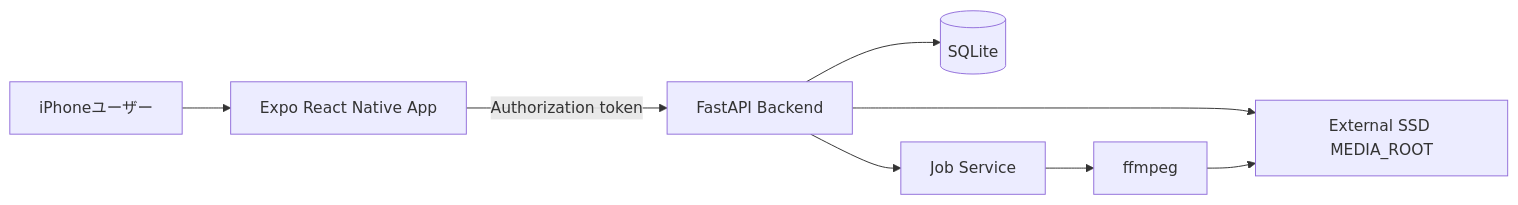
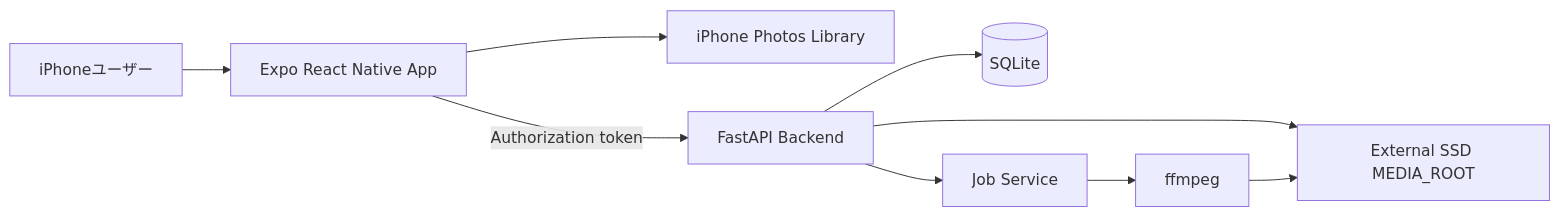
The first of 7 diagrams in docs/functional-design.md (oyabu-koji/nas_mini), drawn with Mermaid before and after one commit. The commit also changed other lines of this file and 18 other files, not shown here.

````diff
--- a/docs/functional-design.md
+++ b/docs/functional-design.md
@@ -11,18 +12,20 @@
 ```mermaid
 graph LR
     User[iPhoneユーザー]
     Mobile[Expo React Native App]
+    Photos[iPhone Photos Library]
     API[FastAPI Backend]
     DB[(SQLite)]
     Jobs[Job Service]
     FFmpeg[ffmpeg]
     SSD[External SSD MEDIA_ROOT]
 
     User --> Mobile
+    Mobile --> Photos
     Mobile -->|Authorization token| API
     API --> DB
     API --> SSD
     API --> Jobs
     Jobs --> FFmpeg
     FFmpeg --> SSD
 ```
````
